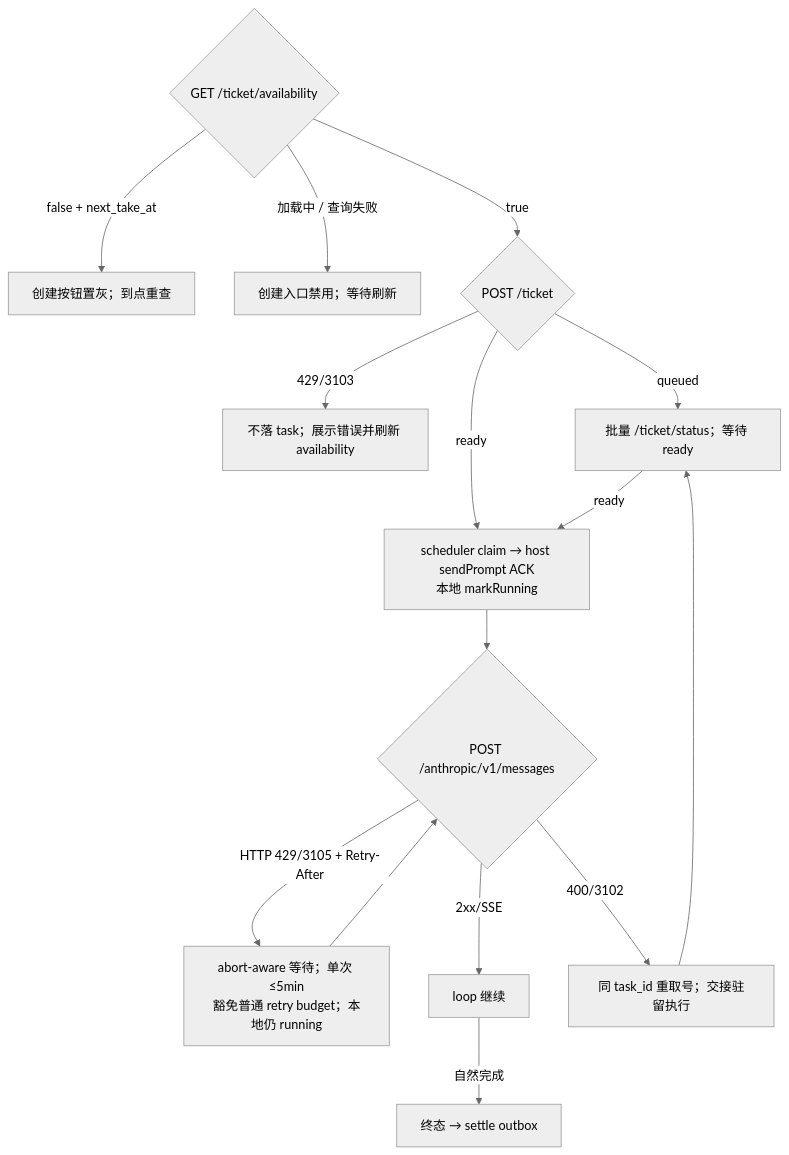
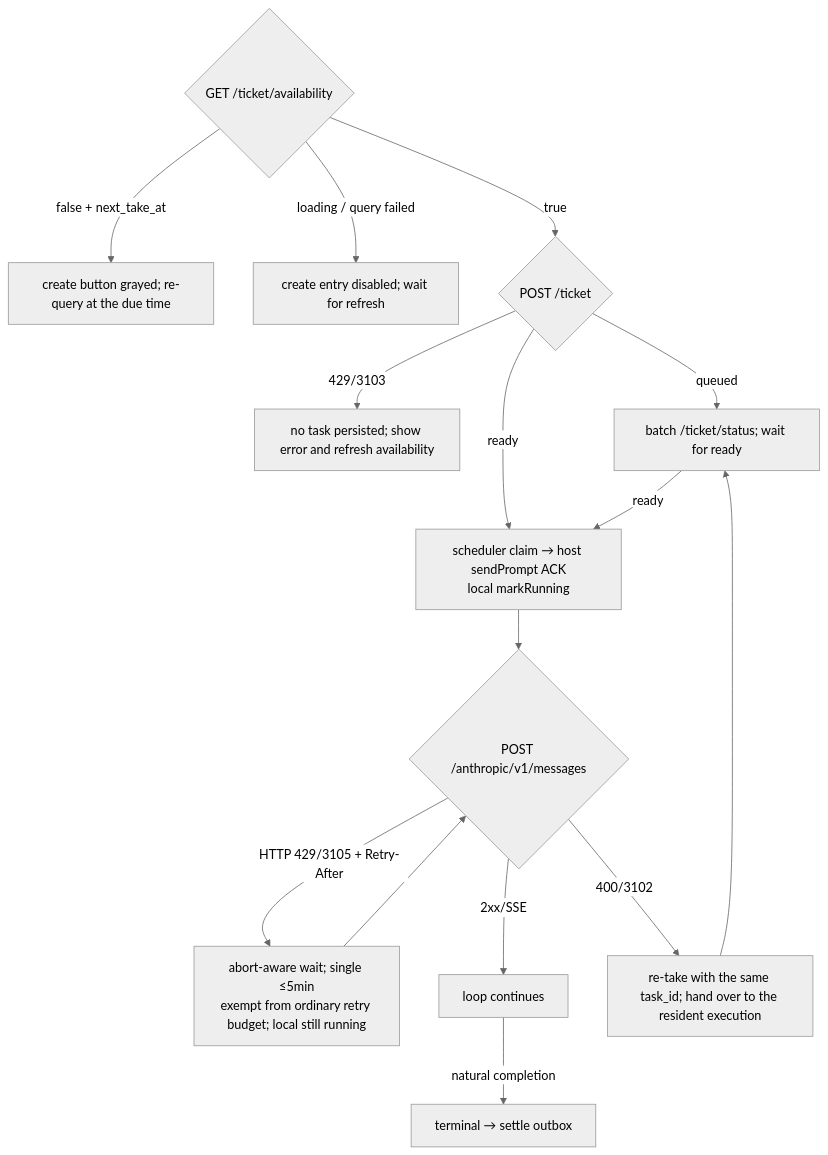
The tenth of 11 diagrams in docs/off-peak-task/tech-design.md (osben/ZCode), drawn with Mermaid (neutral theme) before and after one commit. The commit also changed other lines of this file and 12 other files, not shown here.

````diff
--- a/docs/off-peak-task/tech-design.md
+++ b/docs/off-peak-task/tech-design.md
@@ -728,16 +828,16 @@
 ```mermaid
 flowchart TD
   A{"GET /ticket/availability"}
-  A -->|"false + next_take_at"| A0["创建按钮置灰；到点重查"]
-  A -->|"加载中 / 查询失败"| A1["创建入口禁用；等待刷新"]
+  A -->|"false + next_take_at"| A0["create button grayed; re-query at the due time"]
+  A -->|"loading / query failed"| A1["create entry disabled; wait for refresh"]
   A -->|"true"| T{"POST /ticket"}
-  T -->|"429/3103"| T0["不落 task；展示错误并刷新 availability"]
-  T -->|"queued"| Q["批量 /ticket/status；等待 ready"]
+  T -->|"429/3103"| T0["no task persisted; show error and refresh availability"]
+  T -->|"queued"| Q["batch /ticket/status; wait for ready"]
   T -->|"ready"| D
-  Q -->|"ready"| D["scheduler claim → host sendPrompt ACK<br/>本地 markRunning"]
+  Q -->|"ready"| D["scheduler claim → host sendPrompt ACK<br/>local markRunning"]
   D --> G{"POST /anthropic/v1/messages"}
-  G -->|"HTTP 429/3105 + Retry-After"| G0["abort-aware 等待；单次 ≤5min<br/>豁免普通 retry budget；本地仍 running"] --> G
-  G -->|"2xx/SSE"| R["loop 继续"]
-  G -->|"400/3102"| X["同 task_id 重取号；交接驻留执行"] --> Q
-  R -->|"自然完成"| E["终态 → settle outbox"]
+  G -->|"HTTP 429/3105 + Retry-After"| G0["abort-aware wait; single ≤5min<br/>exempt from ordinary retry budget; local still running"] --> G
+  G -->|"2xx/SSE"| R["loop continues"]
+  G -->|"400/3102"| X["re-take with the same task_id; hand over to the resident execution"] --> Q
+  R -->|"natural completion"| E["terminal → settle outbox"]
 ```
````
